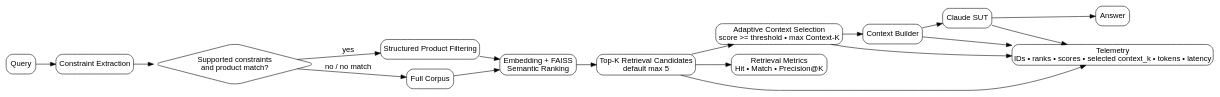
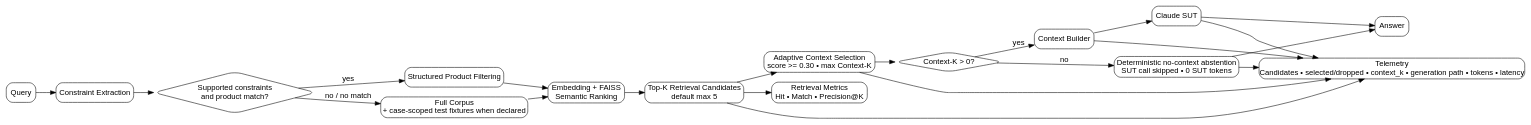
Before and after one commit to oleksandrserhieiev-beep/ai-qe-lab: the diagram in docs/rag.dot, drawn with Graphviz.

Commit message:
Document no-context abstention in RAG diagram

```diff
--- a/docs/rag.dot
+++ b/docs/rag.dot
@@ -1,31 +1,38 @@
 digraph G {
   rankdir=LR;
   node [shape=box, style="rounded", fontname="Arial"];
   edge [fontname="Arial"];
 
   Q [label="Query"];
   C [label="Constraint Extraction"];
   D [label="Supported constraints\nand product match?", shape=diamond];
   F [label="Structured Product Filtering"];
-  ALL [label="Full Corpus"];
+  ALL [label="Full Corpus\n+ case-scoped test fixtures when declared"];
   E [label="Embedding + FAISS\nSemantic Ranking"];
   R [label="Top-K Retrieval Candidates\ndefault max 5"];
-  K [label="Adaptive Context Selection\nscore >= threshold • max Context-K"];
+  K [label="Adaptive Context Selection\nscore >= 0.30 • max Context-K"];
+  HAS [label="Context-K > 0?", shape=diamond];
   X [label="Context Builder"];
   S [label="Claude SUT"];
+  N [label="Deterministic no-context abstention\nSUT call skipped • 0 SUT tokens"];
   A [label="Answer"];
   M [label="Retrieval Metrics\nHit • Match • Precision@K"];
-  T [label="Telemetry\nIDs • ranks • scores • selected context_k • tokens • latency"];
+  T [label="Telemetry\nCandidates • selected/dropped • context_k • generation path • tokens • latency"];
 
   Q -> C -> D;
   D -> F [label="yes"];
   D -> ALL [label="no / no match"];
   F -> E;
   ALL -> E;
-  E -> R -> K -> X -> S -> A;
+  E -> R -> K -> HAS;
+  HAS -> X [label="yes"];
+  X -> S -> A;
+  HAS -> N [label="no"];
+  N -> A;
   R -> M;
   R -> T;
   K -> T;
   X -> T;
   S -> T;
+  N -> T;
 }
```
